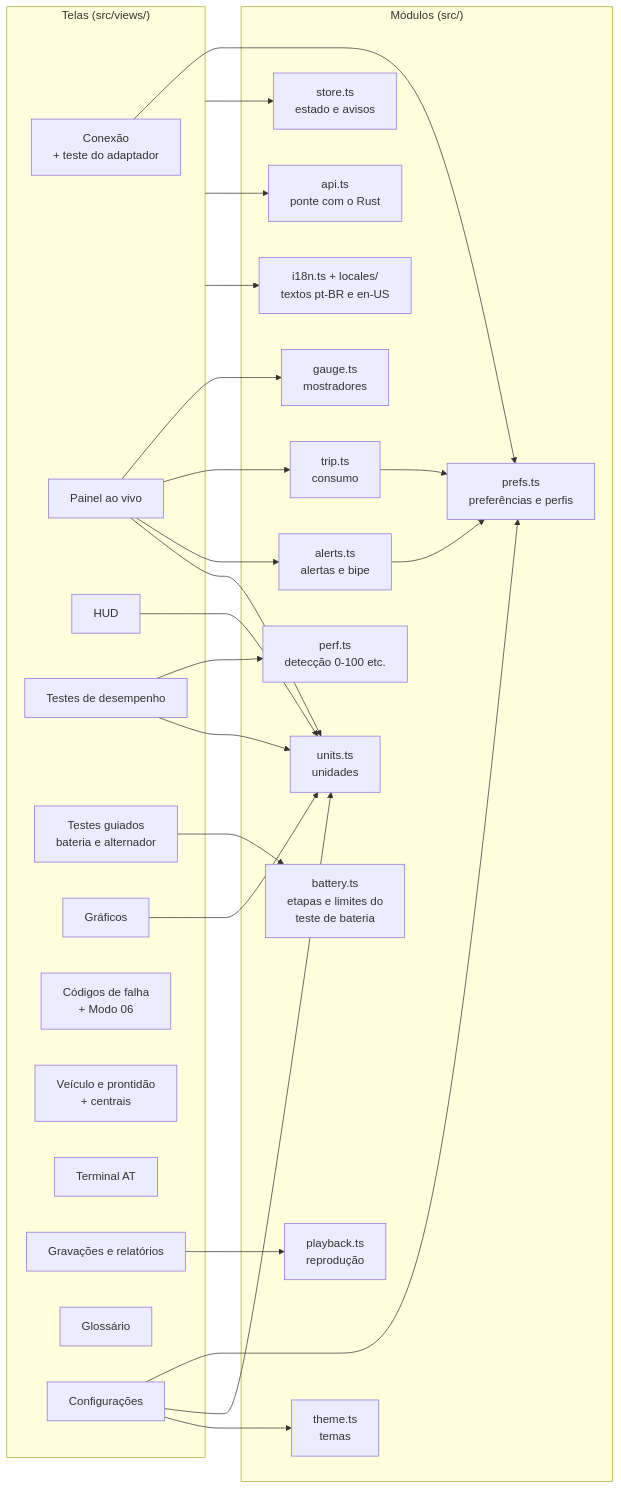
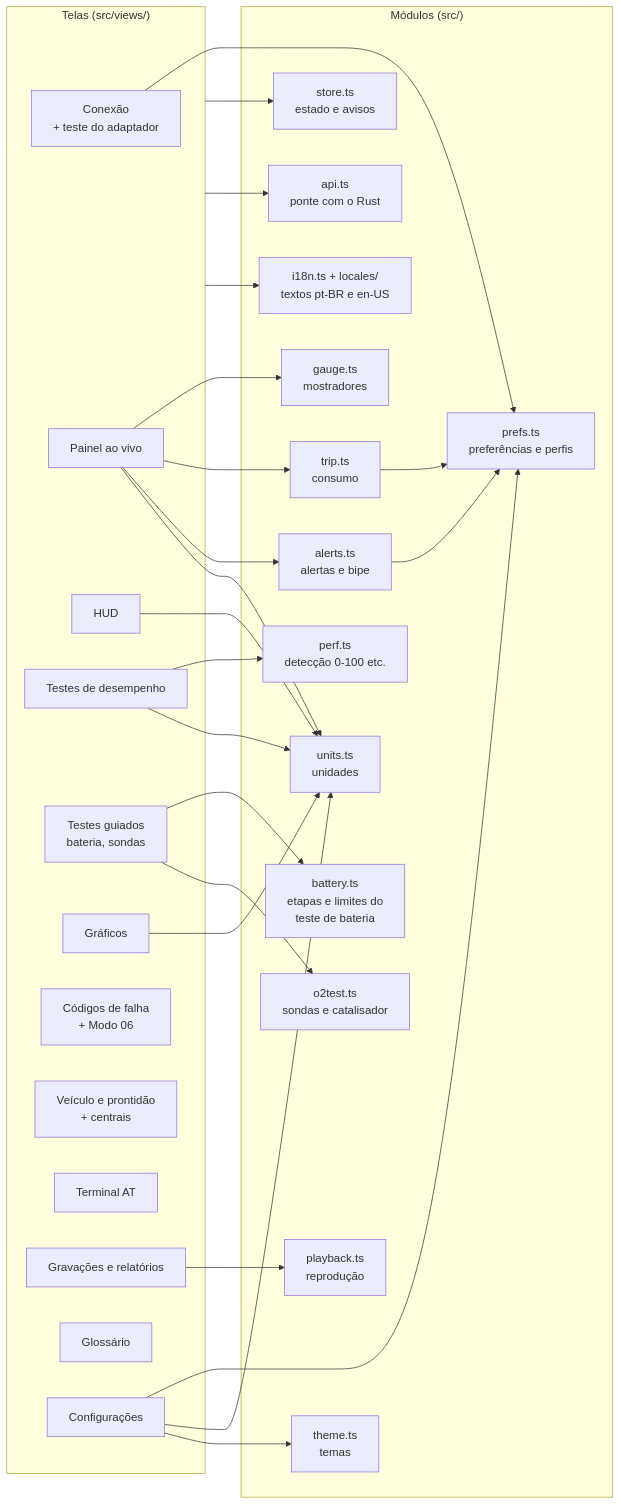
One commit to samuvieceli/obd2-scanner changed the eighth of 12 diagrams in docs/DIAGRAMAS.md. Above: the diagram before and after it, drawn with Mermaid. The commit also changed 10 other files, not shown here.

First line of the commit message:
Testes guiados: sondas lambda e catalisador

````diff
--- a/docs/DIAGRAMAS.md
+++ b/docs/DIAGRAMAS.md
@@ -200,42 +200,43 @@
 ```mermaid
 flowchart LR
     subgraph telas["Telas (src/views/)"]
         connection["Conexão<br/>+ teste do adaptador"]
         dashboard["Painel ao vivo"]
         hud["HUD"]
         performance["Testes de desempenho"]
-        guided["Testes guiados<br/>bateria e alternador"]
+        guided["Testes guiados<br/>bateria, sondas"]
         charts["Gráficos"]
         diagnostics["Códigos de falha<br/>+ Modo 06"]
         vehicle["Veículo e prontidão<br/>+ centrais"]
         terminal["Terminal AT"]
         sessions["Gravações e relatórios"]
         glossary["Glossário"]
         settings["Configurações"]
     end
     subgraph modulos["Módulos (src/)"]
         store["store.ts<br/>estado e avisos"]
         api["api.ts<br/>ponte com o Rust"]
         trip["trip.ts<br/>consumo"]
         perf["perf.ts<br/>detecção 0-100 etc."]
         battery["battery.ts<br/>etapas e limites do<br/>teste de bateria"]
+        o2test["o2test.ts<br/>sondas e catalisador"]
         alerts["alerts.ts<br/>alertas e bipe"]
         playback["playback.ts<br/>reprodução"]
         prefs["prefs.ts<br/>preferências e perfis"]
         units["units.ts<br/>unidades"]
         gauge["gauge.ts<br/>mostradores"]
         theme["theme.ts<br/>temas"]
         i18n["i18n.ts + locales/<br/>textos pt-BR e en-US"]
     end
     dashboard --> gauge & trip & alerts
     performance --> perf
-    guided --> battery
+    guided --> battery & o2test
     sessions --> playback
     settings --> prefs & units & theme
     connection --> prefs
     dashboard & hud & charts & performance --> units
     telas --> store
     telas --> api
     telas --> i18n
     trip & alerts --> prefs
 ```
````
